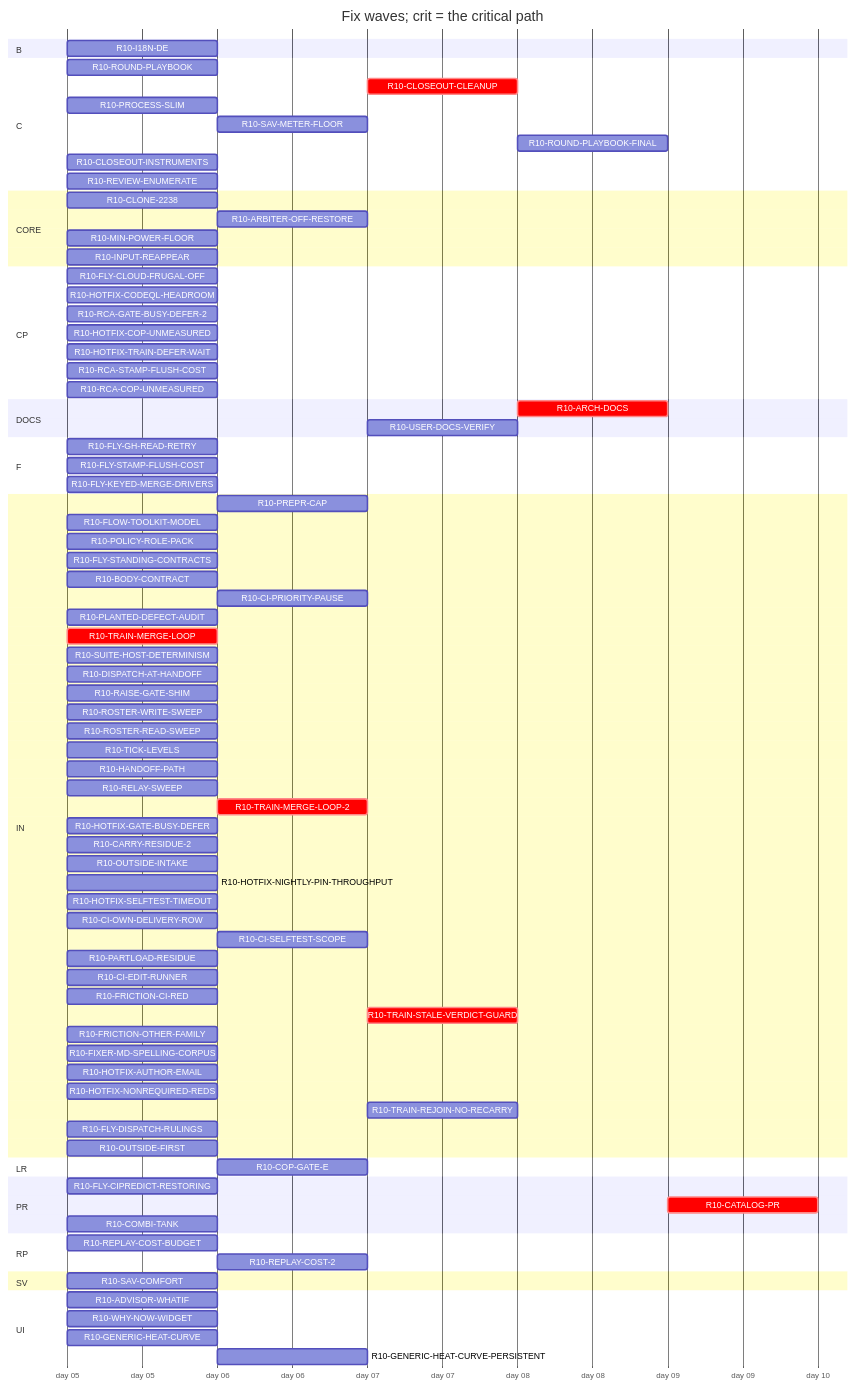
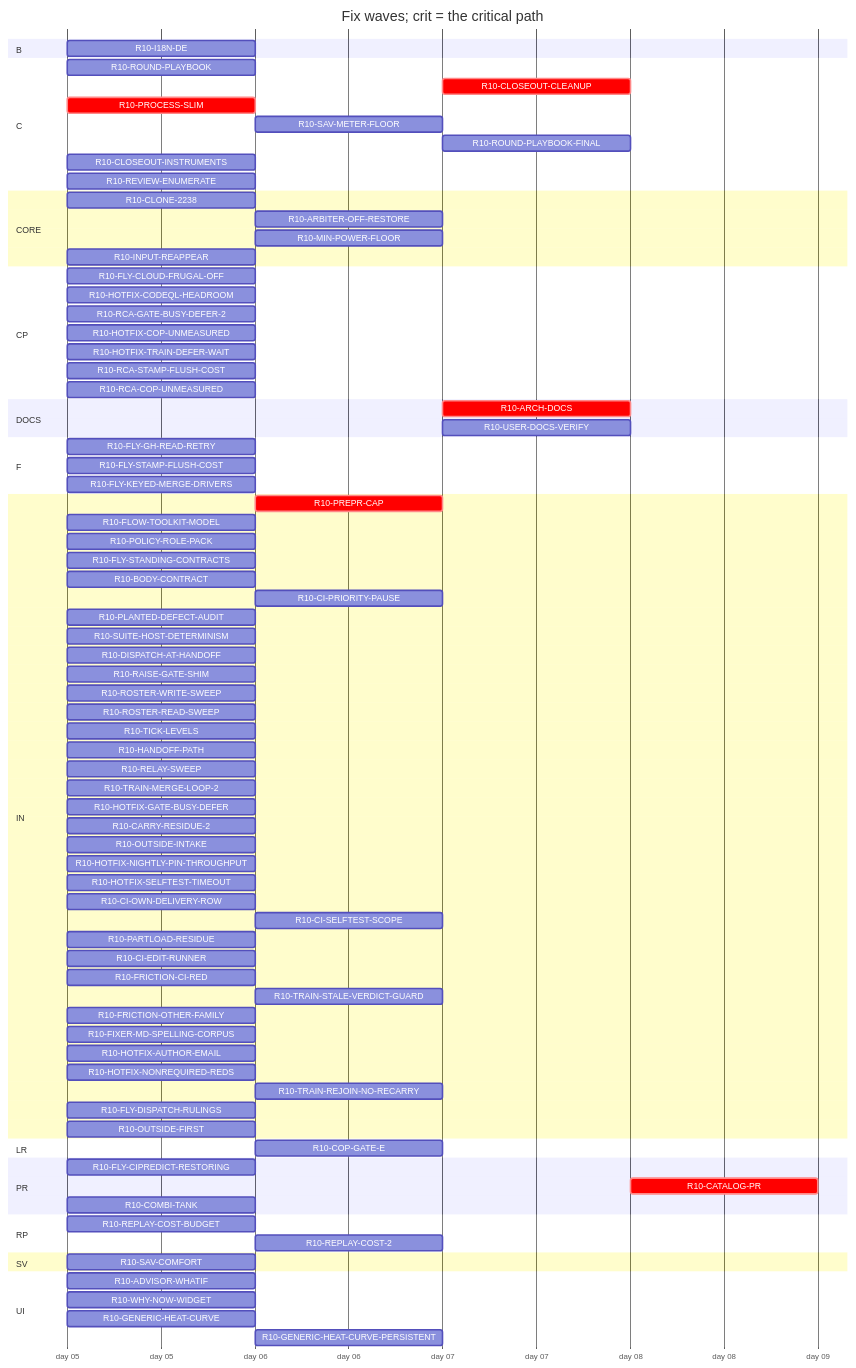
One commit to tvofi/heatpump_optimizer changed the diagram in handoff/round10/state/PLAN-TABLE.md. Above: the diagram before and after it, drawn with Mermaid. The commit also changed other lines of this file and 3 other files, not shown here.

Commit message:
state: FLOW-BOARD.md, NEXT-SESSION-PROMPT.md, PLAN-TABLE.md, RESUME-CURRENT.md regenerated (state_docs.py)

```diff
--- a/handoff/round10/state/PLAN-TABLE.md
+++ b/handoff/round10/state/PLAN-TABLE.md
@@ -32,15 +32,15 @@
   section C
     R10-ROUND-PLAYBOOK :r10ROUNDPLAYBOOK, 2026-01-05, 1d
     R10-CLOSEOUT-CLEANUP :crit, r10CLOSEOUTCLEANUP, after r10ARCHDOCS r10USERDOCSVERIFY r10ROUNDPLAYBOOKFINAL r10CLOSEOUTINSTRUMENTS r10RCAGATEBUSYDEFER2 r10RCASTAMPFLUSHCOST r10RCACOPUNMEASURED r10FRICTIONCIRED r10FRICTIONOTHERFAMILY, 1d
-    R10-PROCESS-SLIM :r10PROCESSSLIM, 2026-01-05, 1d
+    R10-PROCESS-SLIM :crit, r10PROCESSSLIM, 2026-01-05, 1d
     R10-SAV-METER-FLOOR :r10SAVMETERFLOOR, after r10SAVCOMFORT, 1d
-    R10-ROUND-PLAYBOOK-FINAL :r10ROUNDPLAYBOOKFINAL, after r10PREPRCAP r10HANDOFFPATH r10RELAYSWEEP r10TRAINMERGELOOP r10DISPATCHATHANDOFF r10BODYCONTRACT r10TICKLEVELS r10CIPRIORITYPAUSE r10ROSTERWRITESWEEP r10ROSTERREADSWEEP r10FLYSTANDINGCONTRACTS r10POLICYROLEPACK r10FLOWTOOLKITMODEL r10FLYCIPREDICTRESTORING r10RAISEGATESHIM r10PLANTEDDEFECTAUDIT r10FLYGHREADRETRY r10SUITEHOSTDETERMINISM r10ROUNDPLAYBOOK r10PROCESSSLIM r10TRAINMERGELOOP2 r10HOTFIXGATEBUSYDEFER r10CARRYRESIDUE2 r10REPLAYCOST2 r10HOTFIXCODEQLHEADROOM r10OUTSIDEINTAKE r10HOTFIXNIGHTLYPINTHROUGHPUT r10HOTFIXSELFTESTTIMEOUT r10FLYSTAMPFLUSHCOST r10HOTFIXTRAINDEFERWAIT r10CIOWNDELIVERYROW r10CISELFTESTSCOPE r10CIEDITRUNNER r10TRAINSTALEVERDICTGUARD r10CLOSEOUTINSTRUMENTS r10FRICTIONCIRED r10FRICTIONOTHERFAMILY r10FIXERMDSPELLINGCORPUS, 1d
+    R10-ROUND-PLAYBOOK-FINAL :r10ROUNDPLAYBOOKFINAL, after r10PREPRCAP r10HANDOFFPATH r10RELAYSWEEP r10DISPATCHATHANDOFF r10BODYCONTRACT r10TICKLEVELS r10CIPRIORITYPAUSE r10ROSTERWRITESWEEP r10ROSTERREADSWEEP r10FLYSTANDINGCONTRACTS r10POLICYROLEPACK r10FLOWTOOLKITMODEL r10FLYCIPREDICTRESTORING r10RAISEGATESHIM r10PLANTEDDEFECTAUDIT r10FLYGHREADRETRY r10SUITEHOSTDETERMINISM r10ROUNDPLAYBOOK r10PROCESSSLIM r10TRAINMERGELOOP2 r10HOTFIXGATEBUSYDEFER r10CARRYRESIDUE2 r10REPLAYCOST2 r10HOTFIXCODEQLHEADROOM r10OUTSIDEINTAKE r10HOTFIXNIGHTLYPINTHROUGHPUT r10HOTFIXSELFTESTTIMEOUT r10FLYSTAMPFLUSHCOST r10HOTFIXTRAINDEFERWAIT r10CIOWNDELIVERYROW r10CISELFTESTSCOPE r10CIEDITRUNNER r10TRAINSTALEVERDICTGUARD r10CLOSEOUTINSTRUMENTS r10FRICTIONCIRED r10FRICTIONOTHERFAMILY r10FIXERMDSPELLINGCORPUS, 1d
     R10-CLOSEOUT-INSTRUMENTS :r10CLOSEOUTINSTRUMENTS, 2026-01-05, 1d
     R10-REVIEW-ENUMERATE :r10REVIEWENUMERATE, 2026-01-05, 1d
   section CORE
     R10-CLONE-2238 :r10CLONE2238, 2026-01-05, 1d
     R10-ARBITER-OFF-RESTORE :r10ARBITEROFFRESTORE, after r10GENERICHEATCURVE, 1d
-    R10-MIN-POWER-FLOOR :r10MINPOWERFLOOR, 2026-01-05, 1d
+    R10-MIN-POWER-FLOOR :r10MINPOWERFLOOR, after r10HOTFIXCOPUNMEASURED r10GENERICHEATCURVE, 1d
     R10-INPUT-REAPPEAR :r10INPUTREAPPEAR, 2026-01-05, 1d
   section CP
     R10-FLY-CLOUD-FRUGAL-OFF :r10FLYCLOUDFRUGALOFF, 2026-01-05, 1d
@@ -51,21 +51,20 @@
     R10-RCA-STAMP-FLUSH-COST :r10RCASTAMPFLUSHCOST, 2026-01-05, 1d
     R10-RCA-COP-UNMEASURED :r10RCACOPUNMEASURED, 2026-01-05, 1d
   section DOCS
-    R10-ARCH-DOCS :crit, r10ARCHDOCS, after r10CLONE2238 r10SAVCOMFORT r10WHYNOWWIDGET r10ADVISORWHATIF r10REPLAYCOSTBUDGET r10PREPRCAP r10HANDOFFPATH r10RELAYSWEEP r10TRAINMERGELOOP r10DISPATCHATHANDOFF r10BODYCONTRACT r10TICKLEVELS r10CIPRIORITYPAUSE r10ROSTERWRITESWEEP r10ROSTERREADSWEEP r10FLYSTANDINGCONTRACTS r10POLICYROLEPACK r10FLOWTOOLKITMODEL r10FLYCIPREDICTRESTORING r10RAISEGATESHIM r10PLANTEDDEFECTAUDIT r10FLYGHREADRETRY r10SUITEHOSTDETERMINISM r10PROCESSSLIM r10SAVMETERFLOOR r10HOTFIXCOPUNMEASURED r10COPGATEE r10PARTLOADRESIDUE r10I18NDE r10GENERICHEATCURVE r10GENERICHEATCURVEPERSISTENT r10ARBITEROFFRESTORE r10TRAINMERGELOOP2 r10HOTFIXGATEBUSYDEFER r10CARRYRESIDUE2 r10REPLAYCOST2 r10HOTFIXCODEQLHEADROOM r10OUTSIDEINTAKE r10HOTFIXNIGHTLYPINTHROUGHPUT r10HOTFIXSELFTESTTIMEOUT r10FLYSTAMPFLUSHCOST r10HOTFIXTRAINDEFERWAIT r10CIOWNDELIVERYROW r10CISELFTESTSCOPE r10CIEDITRUNNER r10TRAINSTALEVERDICTGUARD r10COMBITANK r10CLOSEOUTINSTRUMENTS r10MINPOWERFLOOR r10ROUNDPLAYBOOK r10RCAGATEBUSYDEFER2 r10FRICTIONCIRED r10FRICTIONOTHERFAMILY r10RCASTAMPFLUSHCOST r10RCACOPUNMEASURED r10INPUTREAPPEAR, 1d
+    R10-ARCH-DOCS :crit, r10ARCHDOCS, after r10CLONE2238 r10SAVCOMFORT r10WHYNOWWIDGET r10ADVISORWHATIF r10REPLAYCOSTBUDGET r10PREPRCAP r10HANDOFFPATH r10RELAYSWEEP r10DISPATCHATHANDOFF r10BODYCONTRACT r10TICKLEVELS r10CIPRIORITYPAUSE r10ROSTERWRITESWEEP r10ROSTERREADSWEEP r10FLYSTANDINGCONTRACTS r10POLICYROLEPACK r10FLOWTOOLKITMODEL r10FLYCIPREDICTRESTORING r10RAISEGATESHIM r10PLANTEDDEFECTAUDIT r10FLYGHREADRETRY r10SUITEHOSTDETERMINISM r10PROCESSSLIM r10SAVMETERFLOOR r10HOTFIXCOPUNMEASURED r10COPGATEE r10PARTLOADRESIDUE r10I18NDE r10GENERICHEATCURVE r10GENERICHEATCURVEPERSISTENT r10ARBITEROFFRESTORE r10TRAINMERGELOOP2 r10HOTFIXGATEBUSYDEFER r10CARRYRESIDUE2 r10REPLAYCOST2 r10HOTFIXCODEQLHEADROOM r10OUTSIDEINTAKE r10HOTFIXNIGHTLYPINTHROUGHPUT r10HOTFIXSELFTESTTIMEOUT r10FLYSTAMPFLUSHCOST r10HOTFIXTRAINDEFERWAIT r10CIOWNDELIVERYROW r10CISELFTESTSCOPE r10CIEDITRUNNER r10TRAINSTALEVERDICTGUARD r10COMBITANK r10CLOSEOUTINSTRUMENTS r10MINPOWERFLOOR r10ROUNDPLAYBOOK r10RCAGATEBUSYDEFER2 r10FRICTIONCIRED r10FRICTIONOTHERFAMILY r10RCASTAMPFLUSHCOST r10RCACOPUNMEASURED r10INPUTREAPPEAR, 1d
     R10-USER-DOCS-VERIFY :r10USERDOCSVERIFY, after r10CLONE2238 r10SAVCOMFORT r10WHYNOWWIDGET r10ADVISORWHATIF r10SAVMETERFLOOR r10HOTFIXCOPUNMEASURED r10COPGATEE r10PARTLOADRESIDUE r10I18NDE r10GENERICHEATCURVE r10GENERICHEATCURVEPERSISTENT r10ARBITEROFFRESTORE r10COMBITANK r10MINPOWERFLOOR r10INPUTREAPPEAR, 1d
   section F
     R10-FLY-GH-READ-RETRY :r10FLYGHREADRETRY, 2026-01-05, 1d
     R10-FLY-STAMP-FLUSH-COST :r10FLYSTAMPFLUSHCOST, 2026-01-05, 1d
     R10-FLY-KEYED-MERGE-DRIVERS :r10FLYKEYEDMERGEDRIVERS, 2026-01-05, 1d
   section IN
-    R10-PREPR-CAP :r10PREPRCAP, after r10PROCESSSLIM, 1d
+    R10-PREPR-CAP :crit, r10PREPRCAP, after r10PROCESSSLIM, 1d
     R10-FLOW-TOOLKIT-MODEL :r10FLOWTOOLKITMODEL, 2026-01-05, 1d
     R10-POLICY-ROLE-PACK :r10POLICYROLEPACK, 2026-01-05, 1d
     R10-FLY-STANDING-CONTRACTS :r10FLYSTANDINGCONTRACTS, 2026-01-05, 1d
     R10-BODY-CONTRACT :r10BODYCONTRACT, 2026-01-05, 1d
-    R10-CI-PRIORITY-PAUSE :r10CIPRIORITYPAUSE, after r10TICKLEVELS, 1d
+    R10-CI-PRIORITY-PAUSE :r10CIPRIORITYPAUSE, after r10TICKLEVELS r10OUTSIDEFIRST, 1d
     R10-PLANTED-DEFECT-AUDIT :r10PLANTEDDEFECTAUDIT, 2026-01-05, 1d
-    R10-TRAIN-MERGE-LOOP :crit, r10TRAINMERGELOOP, 2026-01-05, 1d
     R10-SUITE-HOST-DETERMINISM :r10SUITEHOSTDETERMINISM, 2026-01-05, 1d
     R10-DISPATCH-AT-HANDOFF :r10DISPATCHATHANDOFF, 2026-01-05, 1d
     R10-RAISE-GATE-SHIM :r10RAISEGATESHIM, 2026-01-05, 1d
@@ -74,7 +73,7 @@
     R10-TICK-LEVELS :r10TICKLEVELS, 2026-01-05, 1d
     R10-HANDOFF-PATH :r10HANDOFFPATH, 2026-01-05, 1d
     R10-RELAY-SWEEP :r10RELAYSWEEP, 2026-01-05, 1d
-    R10-TRAIN-MERGE-LOOP-2 :crit, r10TRAINMERGELOOP2, after r10TRAINMERGELOOP, 1d
+    R10-TRAIN-MERGE-LOOP-2 :r10TRAINMERGELOOP2, 2026-01-05, 1d
     R10-HOTFIX-GATE-BUSY-DEFER :r10HOTFIXGATEBUSYDEFER, 2026-01-05, 1d
     R10-CARRY-RESIDUE-2 :r10CARRYRESIDUE2, 2026-01-05, 1d
     R10-OUTSIDE-INTAKE :r10OUTSIDEINTAKE, 2026-01-05, 1d
@@ -85,7 +84,7 @@
     R10-PARTLOAD-RESIDUE :r10PARTLOADRESIDUE, 2026-01-05, 1d
     R10-CI-EDIT-RUNNER :r10CIEDITRUNNER, 2026-01-05, 1d
     R10-FRICTION-CI-RED :r10FRICTIONCIRED, 2026-01-05, 1d
-    R10-TRAIN-STALE-VERDICT-GUARD :crit, r10TRAINSTALEVERDICTGUARD, after r10TRAINMERGELOOP2, 1d
+    R10-TRAIN-STALE-VERDICT-GUARD :r10TRAINSTALEVERDICTGUARD, after r10TRAINMERGELOOP2, 1d
     R10-FRICTION-OTHER-FAMILY :r10FRICTIONOTHERFAMILY, 2026-01-05, 1d
     R10-FIXER-MD-SPELLING-CORPUS :r10FIXERMDSPELLINGCORPUS, 2026-01-05, 1d
     R10-HOTFIX-AUTHOR-EMAIL :r10HOTFIXAUTHOREMAIL, 2026-01-05, 1d
```
